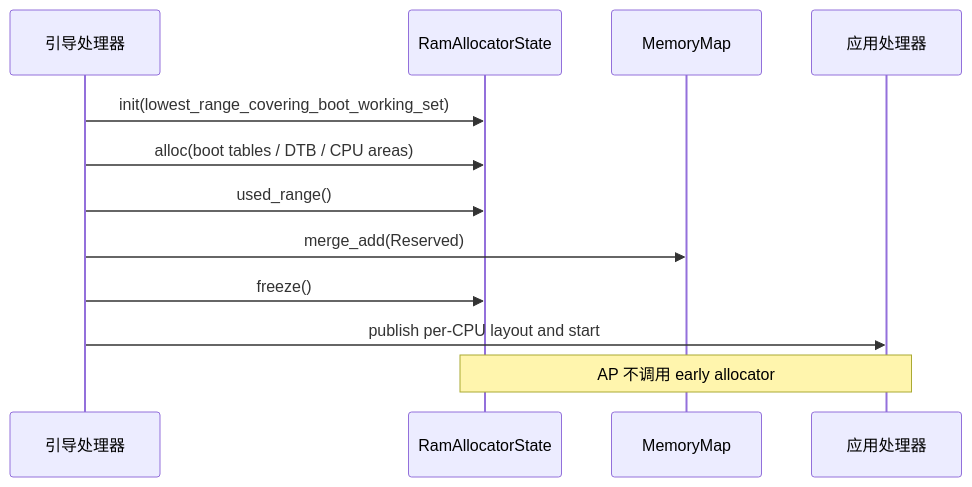
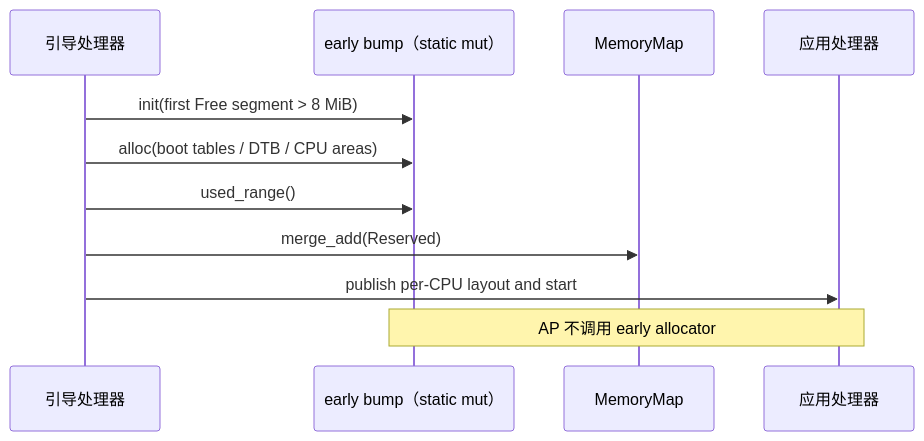
Before and after one commit to rcore-os/tgoskits: the first of 2 diagrams in docs/docs/architecture/memory/concurrency.md, drawn with Mermaid. The commit also changed other lines of this file and 13 other files, not shown here.

Commit message:
docs(memory): align architecture docs with actual implementation

````diff
--- a/docs/docs/architecture/memory/concurrency.md
+++ b/docs/docs/architecture/memory/concurrency.md
@@ -55,15 +55,14 @@
 ```mermaid
 sequenceDiagram
     participant BSP as 引导处理器
-    participant RAM as RamAllocatorState
+    participant RAM as early bump（static mut）
     participant Map as MemoryMap
     participant AP as 应用处理器
 
-    BSP->>RAM: init(lowest_range_covering_boot_working_set)
+    BSP->>RAM: init(first Free segment > 8 MiB)
     BSP->>RAM: alloc(boot tables / DTB / CPU areas)
     BSP->>RAM: used_range()
     BSP->>Map: merge_add(Reserved)
-    BSP->>RAM: freeze()
     BSP->>AP: publish per-CPU layout and start
     Note over AP,RAM: AP 不调用 early allocator
 ```
````
